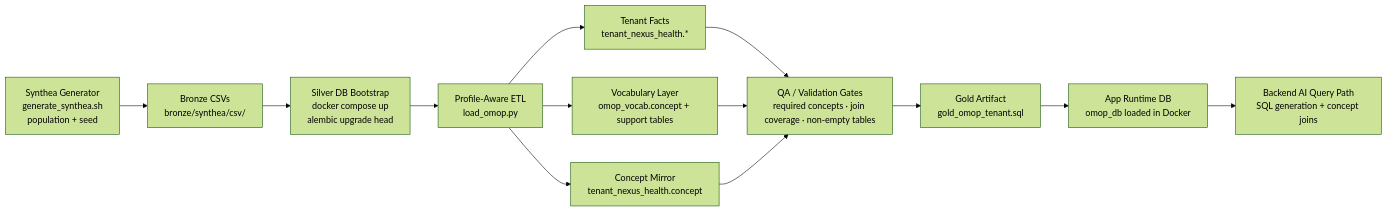
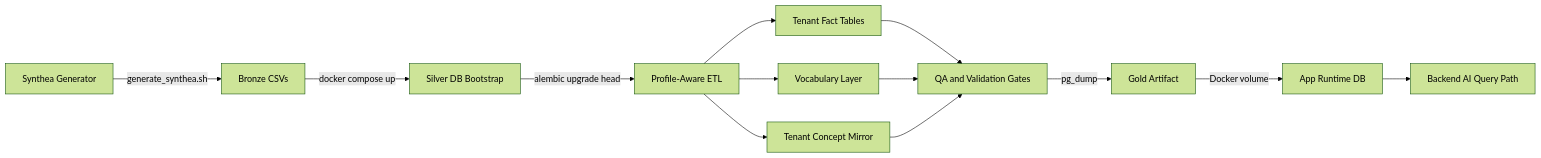
One commit to elis-salobehaj/mediquery-ai changed the diagram in data-pipeline/README.md. Above: the diagram before and after it, drawn with Mermaid (forest theme).

Commit message:
fix(data-pipeline): use safe ASCII-only Mermaid node labels to prevent parse errors

````diff
--- a/data-pipeline/README.md
+++ b/data-pipeline/README.md
@@ -12,18 +12,18 @@
 ```mermaid
 flowchart LR
-    A["Synthea Generator<br/>generate_synthea.sh<br/>population + seed"] --> B["Bronze CSVs<br/>bronze/synthea/csv/"]
-    B --> C["Silver DB Bootstrap<br/>docker compose up<br/>alembic upgrade head"]
-    C --> D["Profile-Aware ETL<br/>load_omop.py"]
+    A[Synthea Generator] -->|generate_synthea.sh| B[Bronze CSVs]
+    B -->|docker compose up| C[Silver DB Bootstrap]
+    C -->|alembic upgrade head| D[Profile-Aware ETL]
 
-    D --> E1["Tenant Facts<br/>tenant_nexus_health.*"]
-    D --> E2["Vocabulary Layer<br/>omop_vocab.concept + support tables"]
-    D --> E3["Concept Mirror<br/>tenant_nexus_health.concept"]
+    D --> E1[Tenant Fact Tables]
+    D --> E2[Vocabulary Layer]
+    D --> E3[Tenant Concept Mirror]
 
-    E1 --> F["QA / Validation Gates<br/>required concepts · join coverage · non-empty tables"]
+    E1 --> F[QA and Validation Gates]
     E2 --> F
     E3 --> F
 
-    F --> G["Gold Artifact<br/>gold_omop_tenant.sql"]
-    G --> H["App Runtime DB<br/>omop_db loaded in Docker"]
-    H --> I["Backend AI Query Path<br/>SQL generation + concept joins"]
+    F -->|pg_dump| G[Gold Artifact]
+    G -->|Docker volume| H[App Runtime DB]
+    H --> I[Backend AI Query Path]
 ```
````
